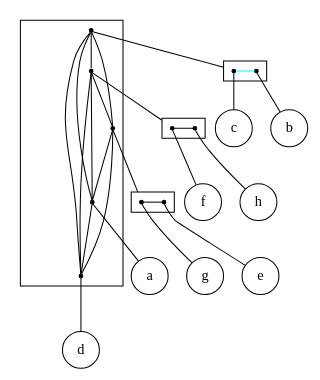
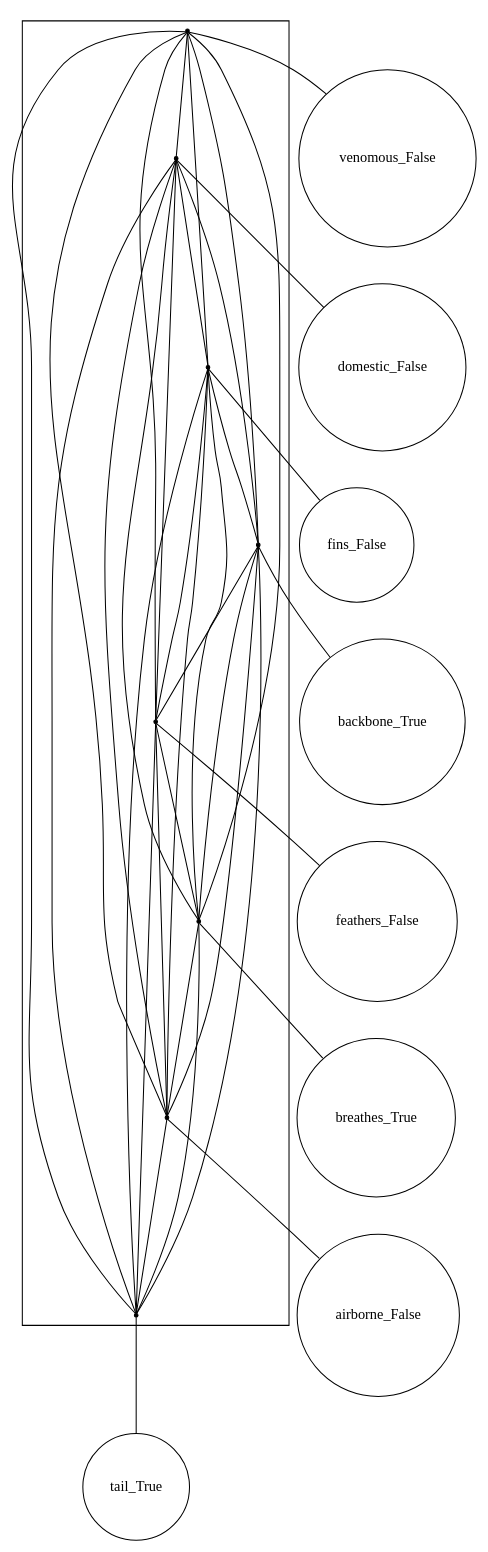
Before and after one commit to lrodrin/TFG: the diagram in src/final/linear_2-structure.dot, drawn with Graphviz. The commit also changed 11 other files, not shown here.

```diff
--- a/src/final/linear_2-structure.dot
+++ b/src/final/linear_2-structure.dot
@@ -1,58 +1,55 @@
 strict digraph "linear_2-structure" {
 compound=true;
 fontname=Verdana;
 fontsize=12;
 newrank=true;
 node [shape=circle];
-a;
-d;
-g;
-e;
-f;
-h;
-c;
-b;
-subgraph cluster_edaghfcb {
+venomous_False;
+domestic_False;
+fins_False;
+backbone_True;
+feathers_False;
+breathes_True;
+airborne_False;
+tail_True;
+subgraph cluster_breathes_Truefins_Falsetail_Truefeathers_Falsedomestic_Falseairborne_Falsebackbone_Truevenomous_False {
 node [shape=point];
-s_cb -> s_hf  [color=black, arrowhead=none];
-s_cb -> s_eg  [color=black, arrowhead=none];
-s_cb -> s_a  [color=black, arrowhead=none];
-s_cb -> s_d  [color=black, arrowhead=none];
-s_hf -> s_eg  [color=black, arrowhead=none];
-s_hf -> s_a  [color=black, arrowhead=none];
-s_hf -> s_d  [color=black, arrowhead=none];
-s_eg -> s_a  [color=black, arrowhead=none];
-s_eg -> s_d  [color=black, arrowhead=none];
-s_a -> s_d  [color=black, arrowhead=none];
+s_venomous_False -> s_domestic_False  [color=black, arrowhead=none];
+s_venomous_False -> s_fins_False  [color=black, arrowhead=none];
+s_venomous_False -> s_backbone_True  [color=black, arrowhead=none];
+s_venomous_False -> s_feathers_False  [color=black, arrowhead=none];
+s_venomous_False -> s_breathes_True  [color=black, arrowhead=none];
+s_venomous_False -> s_airborne_False  [color=black, arrowhead=none];
+s_venomous_False -> s_tail_True  [color=black, arrowhead=none];
+s_domestic_False -> s_fins_False  [color=black, arrowhead=none];
+s_domestic_False -> s_backbone_True  [color=black, arrowhead=none];
+s_domestic_False -> s_feathers_False  [color=black, arrowhead=none];
+s_domestic_False -> s_breathes_True  [color=black, arrowhead=none];
+s_domestic_False -> s_airborne_False  [color=black, arrowhead=none];
+s_domestic_False -> s_tail_True  [color=black, arrowhead=none];
+s_fins_False -> s_backbone_True  [color=black, arrowhead=none];
+s_fins_False -> s_feathers_False  [color=black, arrowhead=none];
+s_fins_False -> s_breathes_True  [color=black, arrowhead=none];
+s_fins_False -> s_airborne_False  [color=black, arrowhead=none];
+s_fins_False -> s_tail_True  [color=black, arrowhead=none];
+s_backbone_True -> s_feathers_False  [color=black, arrowhead=none];
+s_backbone_True -> s_breathes_True  [color=black, arrowhead=none];
+s_backbone_True -> s_airborne_False  [color=black, arrowhead=none];
+s_backbone_True -> s_tail_True  [color=black, arrowhead=none];
+s_feathers_False -> s_breathes_True  [color=black, arrowhead=none];
+s_feathers_False -> s_airborne_False  [color=black, arrowhead=none];
+s_feathers_False -> s_tail_True  [color=black, arrowhead=none];
+s_breathes_True -> s_airborne_False  [color=black, arrowhead=none];
+s_breathes_True -> s_tail_True  [color=black, arrowhead=none];
+s_airborne_False -> s_tail_True  [color=black, arrowhead=none];
 }
 
-subgraph cluster_eg {
-rank=same;
-node [shape=point];
-s_g -> s_e  [color=black, arrowhead=none];
+s_venomous_False -> venomous_False  [arrowhead=none];
+s_domestic_False -> domestic_False  [arrowhead=none];
+s_fins_False -> fins_False  [arrowhead=none];
+s_backbone_True -> backbone_True  [arrowhead=none];
+s_feathers_False -> feathers_False  [arrowhead=none];
+s_breathes_True -> breathes_True  [arrowhead=none];
+s_airborne_False -> airborne_False  [arrowhead=none];
+s_tail_True -> tail_True  [arrowhead=none];
 }
-
-subgraph cluster_hf {
-rank=same;
-node [shape=point];
-s_f -> s_h  [color=black, arrowhead=none];
-}
-
-subgraph cluster_cb {
-rank=same;
-node [shape=point];
-s_c -> s_b  [color=cyan, arrowhead=none];
-}
-
-s_cb -> s_c  [lhead=cluster_cb, arrowhead=none];
-s_hf -> s_f  [lhead=cluster_hf, arrowhead=none];
-s_eg -> s_g  [lhead=cluster_eg, arrowhead=none];
-s_a -> a  [arrowhead=none];
-s_d -> d  [arrowhead=none];
-s_g -> g  [arrowhead=none];
-s_e -> e  [arrowhead=none];
-s_f -> f  [arrowhead=none];
-s_h -> h  [arrowhead=none];
-s_c -> c  [arrowhead=none];
-s_b -> b  [arrowhead=none];
-}
```
